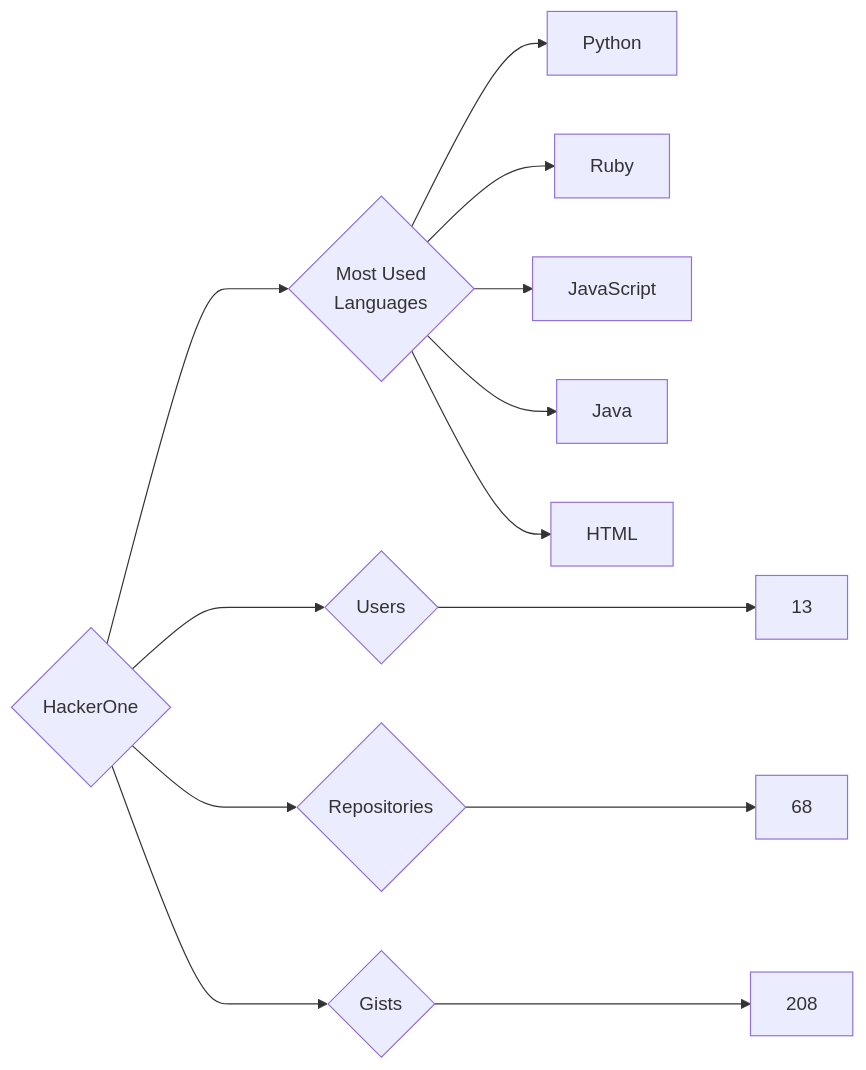
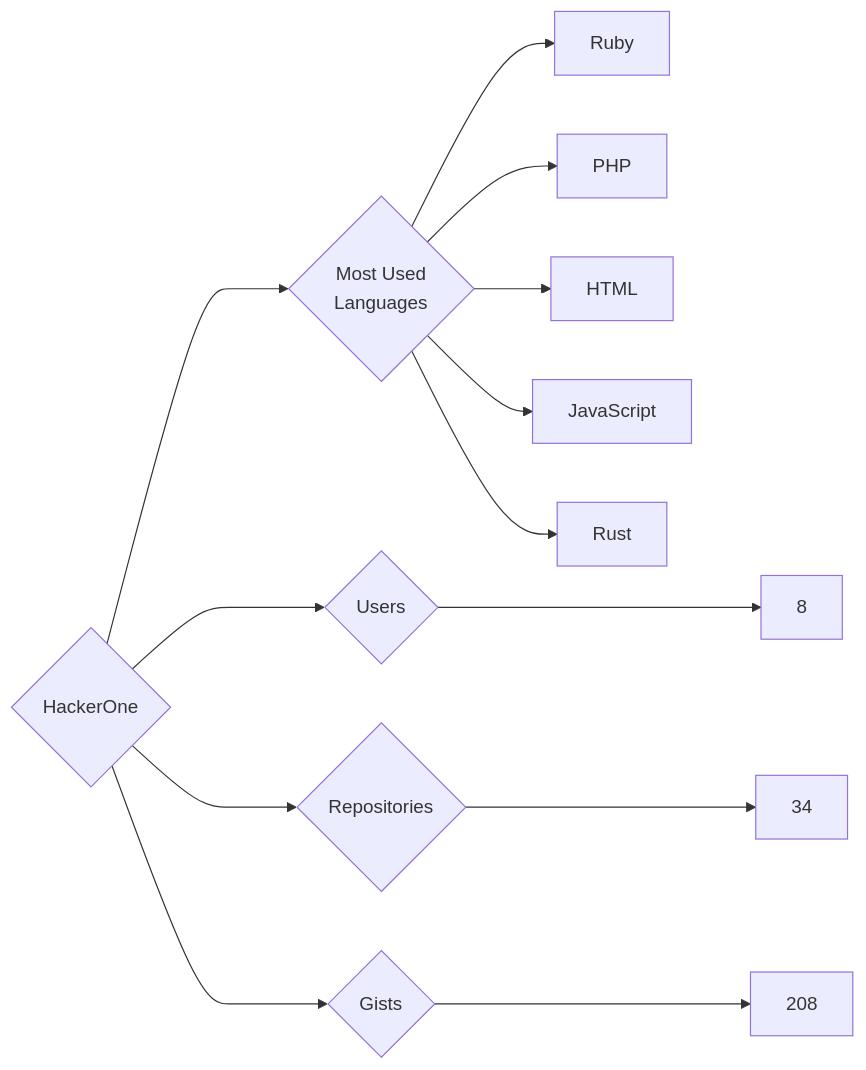
Before and after one commit to trickest/insiders: the diagram in targets/HackerOne/README.md, drawn with Mermaid. The commit also changed 1020 other files, not shown here.

````diff
--- a/targets/HackerOne/README.md
+++ b/targets/HackerOne/README.md
@@ -3,13 +3,13 @@
 ```mermaid
 graph LR
 COMPANY_NAME{HackerOne}
-COMPANY_NAME ---> U{Users} ---> UN[13]
-COMPANY_NAME ---> R{Repositories} ---> RN[68]
+COMPANY_NAME ---> U{Users} ---> UN[8]
+COMPANY_NAME ---> R{Repositories} ---> RN[34]
 COMPANY_NAME ---> G{Gists} ---> GN[208]
 COMPANY_NAME ---> ML{Most Used<br>Languages}
-ML --> Python[Python]
 ML --> Ruby[Ruby]
+ML --> PHP[PHP]
+ML --> HTML[HTML]
 ML --> JavaScript[JavaScript]
-ML --> Java[Java]
-ML --> HTML[HTML]
+ML --> Rust[Rust]
 ```
````
